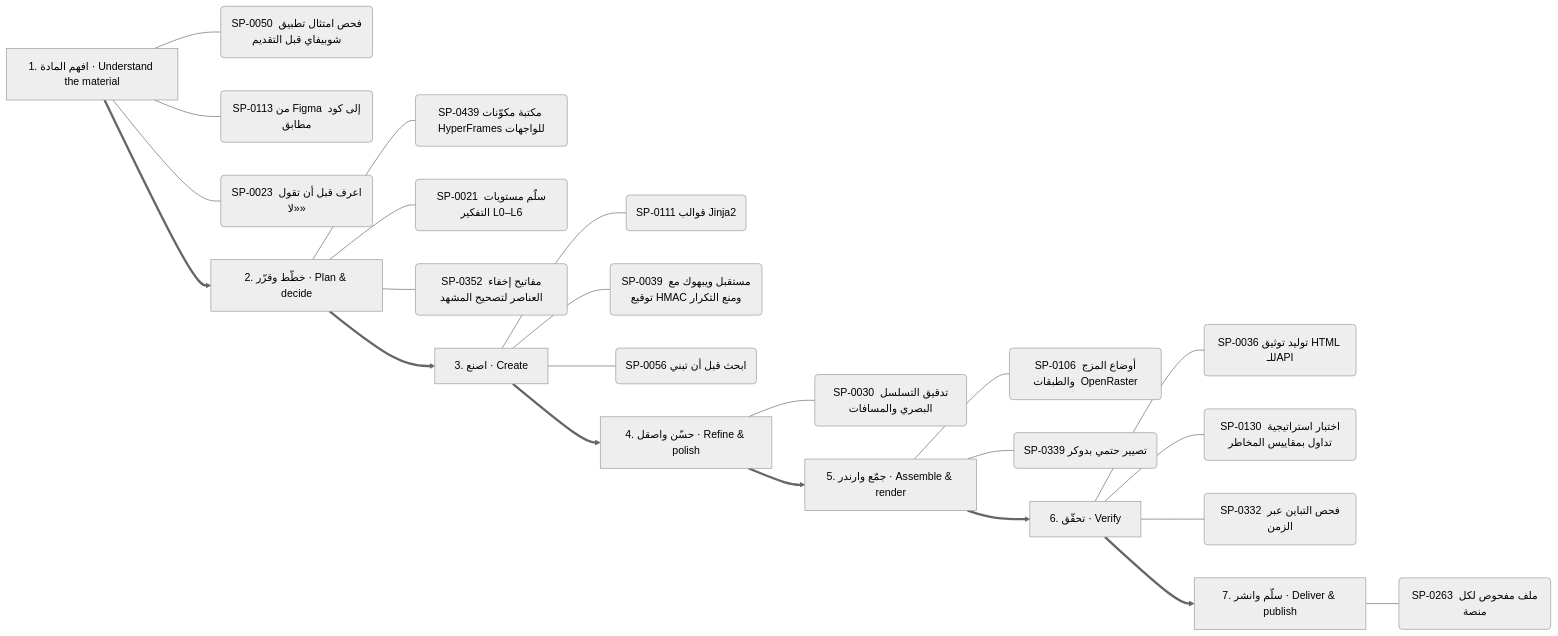
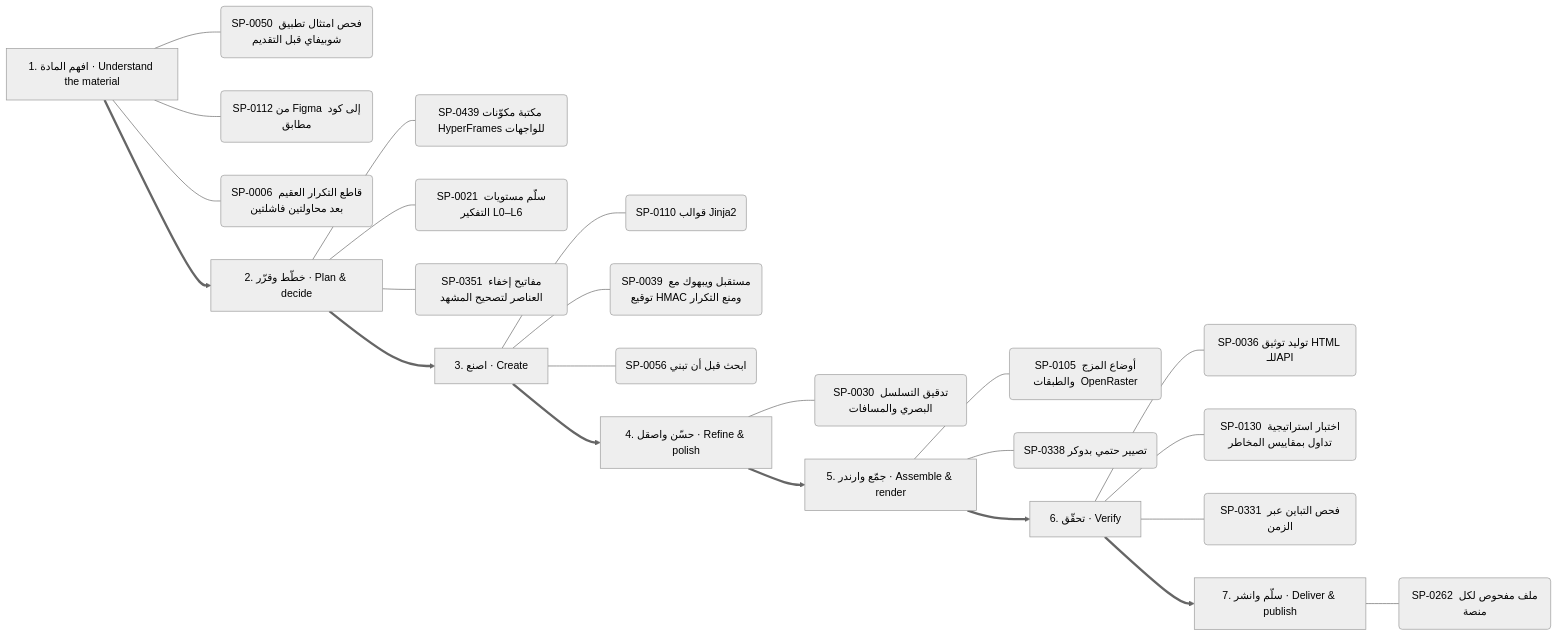
One commit to kosif199022-jpg/kosif-tool changed the ninth of 13 diagrams in .claude/skills/kosif-superpowers/references/capability-mindmap.md. Above: the diagram before and after it, drawn with Mermaid (neutral theme). The commit also changed other lines of this file and 61 other files, not shown here.

````diff
--- a/.claude/skills/kosif-superpowers/references/capability-mindmap.md
+++ b/.claude/skills/kosif-superpowers/references/capability-mindmap.md
@@ -454,32 +455,32 @@
 ```mermaid
 flowchart LR
   S0["1. افهم المادة · Understand the material"]
   S0 --- S0_0("SP-0050 فحص امتثال تطبيق شوبيفاي قبل التقديم")
-  S0 --- S0_1("SP-0113 من Figma إلى كود مطابق")
-  S0 --- S0_2("SP-0023 اعرف قبل أن تقول «لا»")
+  S0 --- S0_1("SP-0112 من Figma إلى كود مطابق")
+  S0 --- S0_2("SP-0006 قاطع التكرار العقيم بعد محاولتين فاشلتين")
   S1["2. خطّط وقرّر · Plan & decide"]
   S1 --- S1_0("SP-0439 مكتبة مكوّنات HyperFrames للواجهات")
   S1 --- S1_1("SP-0021 سلّم مستويات التفكير L0–L6")
-  S1 --- S1_2("SP-0352 مفاتيح إخفاء العناصر لتصحيح المشهد")
+  S1 --- S1_2("SP-0351 مفاتيح إخفاء العناصر لتصحيح المشهد")
   S0 ==> S1
   S2["3. اصنع · Create"]
-  S2 --- S2_0("SP-0111 قوالب Jinja2")
+  S2 --- S2_0("SP-0110 قوالب Jinja2")
   S2 --- S2_1("SP-0039 مستقبل ويبهوك مع توقيع HMAC ومنع التكرار")
   S2 --- S2_2("SP-0056 ابحث قبل أن تبني")
   S1 ==> S2
   S3["4. حسّن واصقل · Refine & polish"]
   S3 --- S3_0("SP-0030 تدقيق التسلسل البصري والمسافات")
   S2 ==> S3
   S4["5. جمّع وارندر · Assemble & render"]
-  S4 --- S4_0("SP-0106 أوضاع المزج والطبقات  OpenRaster ")
-  S4 --- S4_1("SP-0339 تصيير حتمي بدوكر")
+  S4 --- S4_0("SP-0105 أوضاع المزج والطبقات  OpenRaster ")
+  S4 --- S4_1("SP-0338 تصيير حتمي بدوكر")
   S3 ==> S4
   S5["6. تحقّق · Verify"]
   S5 --- S5_0("SP-0036 توليد توثيق HTML للـAPI")
   S5 --- S5_1("SP-0130 اختبار استراتيجية تداول بمقاييس المخاطر")
-  S5 --- S5_2("SP-0332 فحص التباين عبر الزمن")
+  S5 --- S5_2("SP-0331 فحص التباين عبر الزمن")
   S4 ==> S5
   S6["7. سلّم وانشر · Deliver & publish"]
-  S6 --- S6_0("SP-0263 ملف مفحوص لكل منصة")
+  S6 --- S6_0("SP-0262 ملف مفحوص لكل منصة")
   S5 ==> S6
 ```
````
